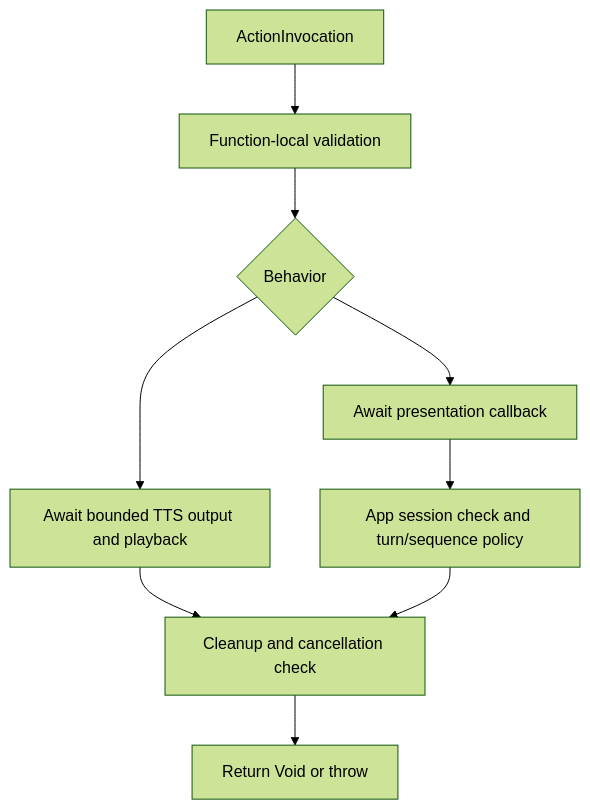
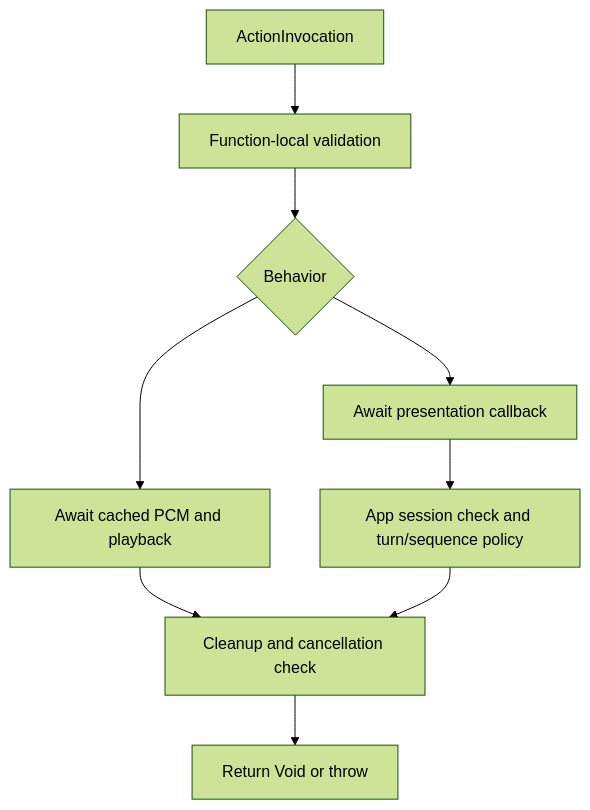
The second of 2 diagrams in MobileHarness/Actions/README.md (devilyouwei/MobileHarness), drawn with Mermaid (forest theme) before and after one commit. The commit also changed other lines of this file and 124 other files, not shown here.

````diff
--- a/MobileHarness/Actions/README.md
+++ b/MobileHarness/Actions/README.md
@@ -41,11 +41,11 @@
 ```mermaid
 flowchart TD
     Invocation[ActionInvocation] --> Validate[Function-local validation]
     Validate --> Kind{Behavior}
-    Kind --> Speech[Await bounded TTS output and playback]
+    Kind --> Speech[Await cached PCM and playback]
     Kind --> UI[Await presentation callback]
     UI --> Policy[App session check and turn/sequence policy]
     Speech --> Finish[Cleanup and cancellation check]
     Policy --> Finish
     Finish --> Done[Return Void or throw]
 ```
````
